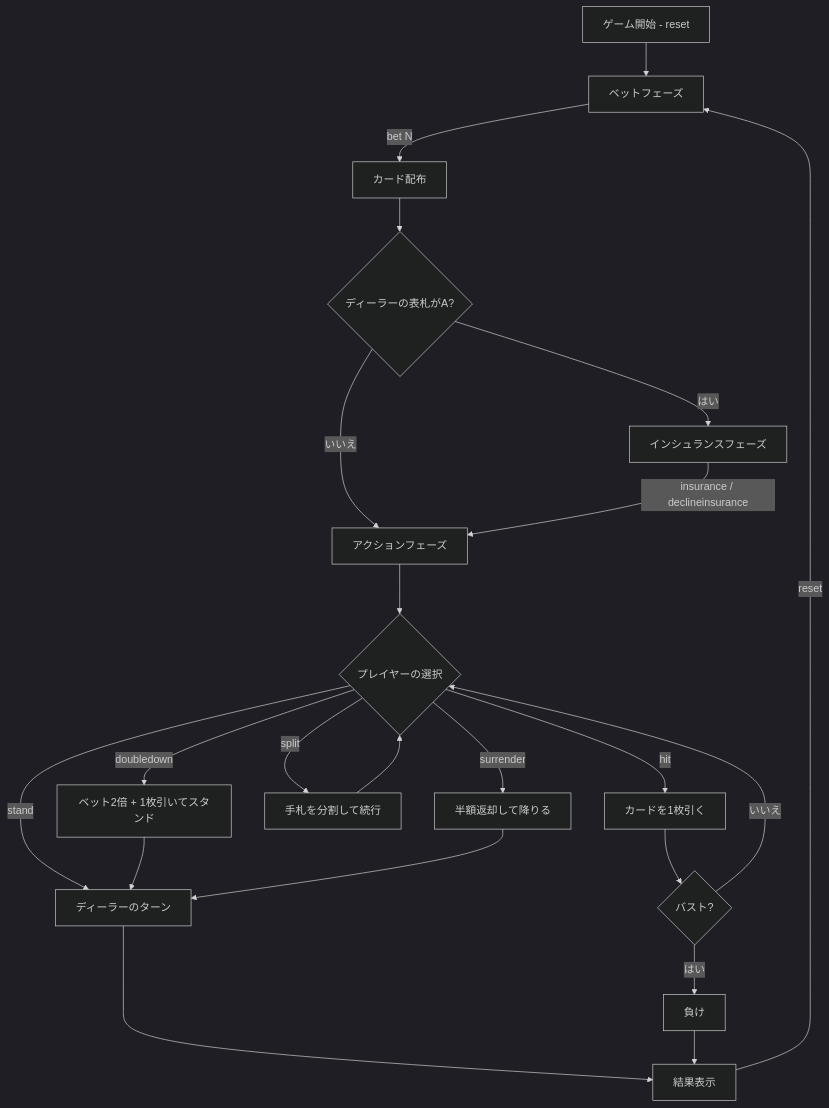
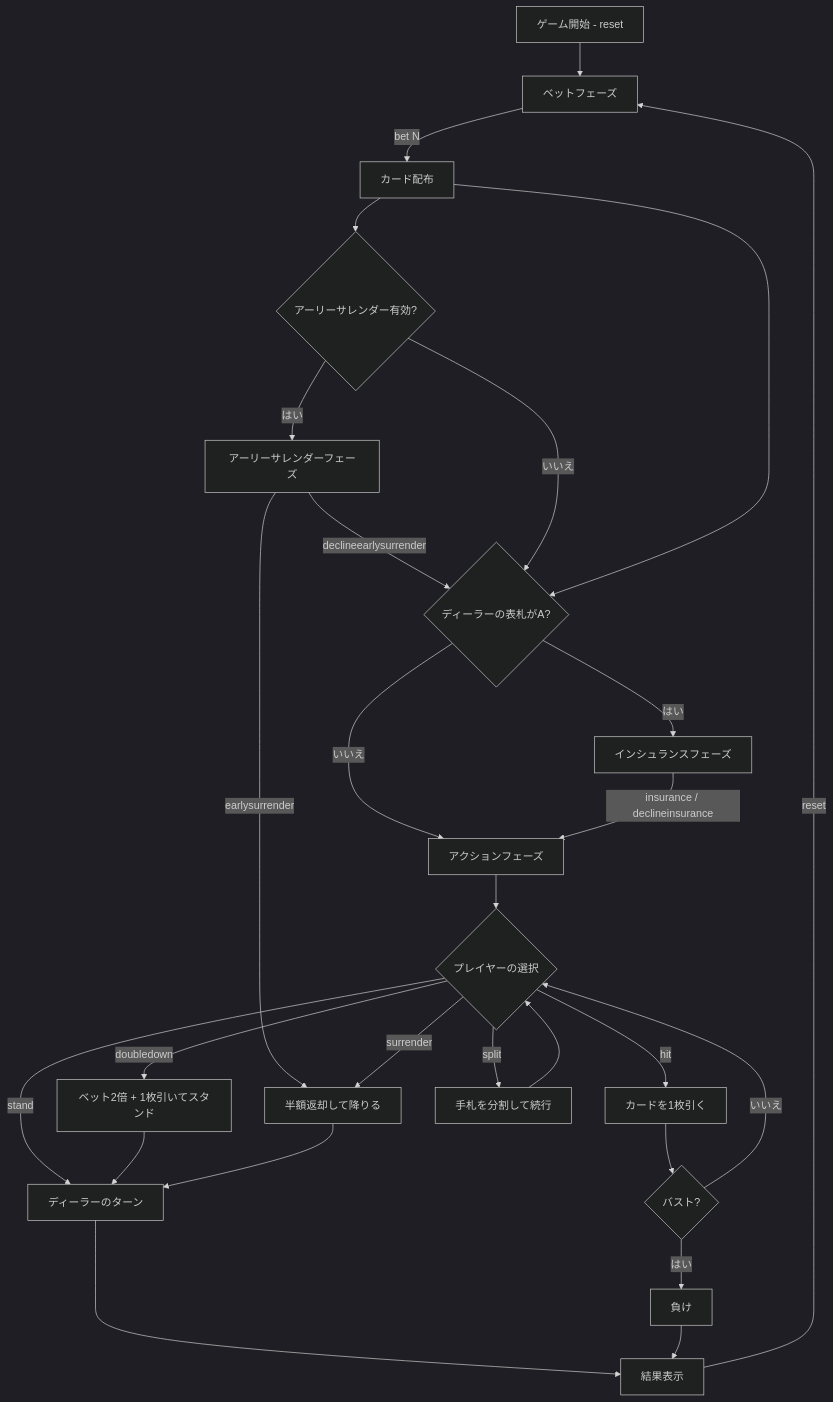
One commit to yuta-yoshinaga/go_trumpcards changed the diagram in docs/manual/cui/blackjack.md. Above: the diagram before and after it, drawn with Mermaid (dark theme). The commit also changed other lines of this file and 34 other files, not shown here.

````diff
--- a/docs/manual/cui/blackjack.md
+++ b/docs/manual/cui/blackjack.md
@@ -38,24 +38,29 @@
 ```mermaid
 flowchart TD
     A[ゲーム開始 - reset] --> B[ベットフェーズ]
     B -->|bet N| C[カード配布]
+    C --> ES{アーリーサレンダー有効?}
+    ES -->|はい| ESF[アーリーサレンダーフェーズ]
+    ESF -->|earlysurrender| O
+    ESF -->|declineearlysurrender| D
+    ES -->|いいえ| D
     C --> D{ディーラーの表札がA?}
     D -->|はい| E[インシュランスフェーズ]
     D -->|いいえ| F[アクションフェーズ]
     E -->|insurance / declineinsurance| F
     F --> G{プレイヤーの選択}
     G -->|hit| H[カードを1枚引く]
     H --> I{バスト?}
     I -->|はい| J[負け]
     I -->|いいえ| G
     G -->|stand| K[ディーラーのターン]
     G -->|doubledown| L[ベット2倍 + 1枚引いてスタンド]
     L --> K
     G -->|split| M[手札を分割して続行]
     M --> G
     G -->|surrender| O[半額返却して降りる]
     O --> K
     K --> N[結果表示]
     J --> N
     N -->|reset| B
 ```
````
